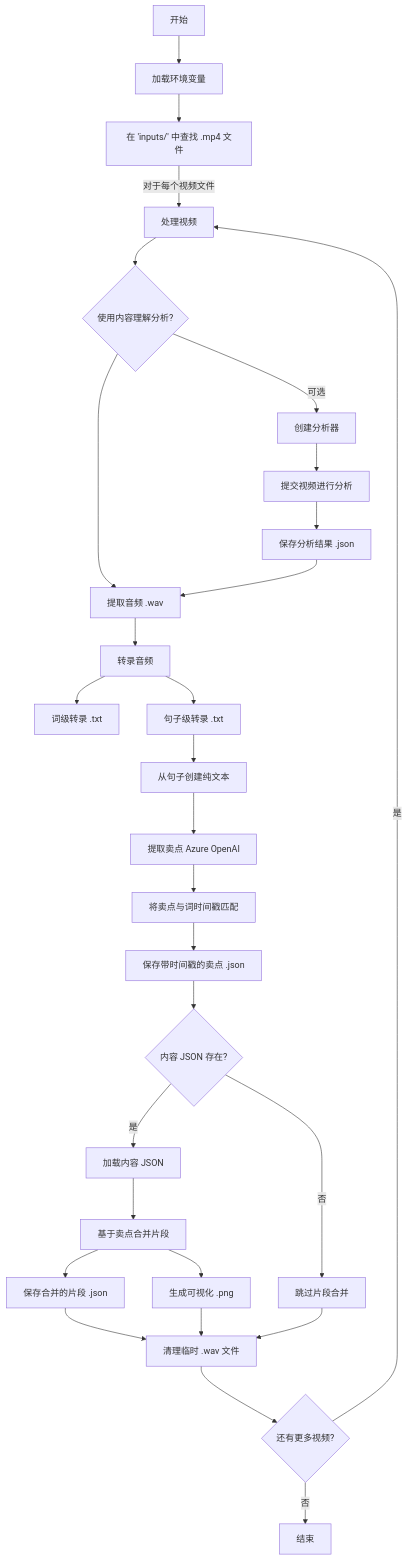
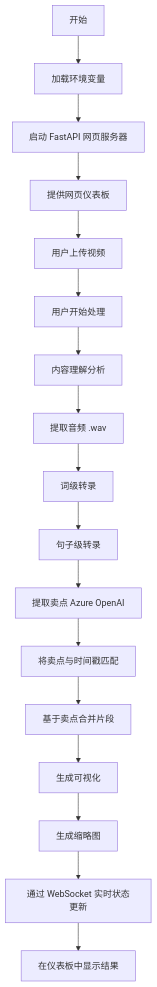
Before and after one commit to guming3d/Content-Understanding-post-process: the diagram in README_zh.md, drawn with Mermaid. The commit also changed other lines of this file and 1 other file, not shown here.

````diff
--- a/README_zh.md
+++ b/README_zh.md
@@ -53,31 +45,19 @@
 ```mermaid
 graph TD
     A[开始] --> B[加载环境变量];
-    B --> C[在 'inputs/' 中查找 .mp4 文件];
-    C -- 对于每个视频文件 --> D[处理视频];
-    D --> E{使用内容理解分析?};
-    E -- 可选 --> F[创建分析器];
-    F --> G[提交视频进行分析];
-    G --> H[保存分析结果 .json];
-    E --> I[提取音频 .wav];
-    H --> I;
-    I --> J[转录音频];
-    J --> K[词级转录 .txt];
-    J --> L[句子级转录 .txt];
-    L --> M[从句子创建纯文本];
-    M --> N[提取卖点 Azure OpenAI];
-    N --> O[将卖点与词时间戳匹配];
-    O --> P[保存带时间戳的卖点 .json];
-    P --> Q{内容 JSON 存在?};
-    Q -- 是 --> R[加载内容 JSON];
-    R --> S[基于卖点合并片段];
-    S --> T[保存合并的片段 .json];
-    S --> U[生成可视化 .png];
-    Q -- 否 --> V[跳过片段合并];
-    T --> W[清理临时 .wav 文件];
-    U --> W;
-    V --> W;
-    W --> X{还有更多视频?};
-    X -- 是 --> D;
-    X -- 否 --> Y[结束];
+    B --> C[启动 FastAPI 网页服务器];
+    C --> D[提供网页仪表板];
+    D --> E[用户上传视频];
+    E --> F[用户开始处理];
+    F --> G[内容理解分析];
+    G --> H[提取音频 .wav];
+    H --> I[词级转录];
+    I --> J[句子级转录];
+    J --> K[提取卖点 Azure OpenAI];
+    K --> L[将卖点与时间戳匹配];
+    L --> M[基于卖点合并片段];
+    M --> N[生成可视化];
+    N --> O[生成缩略图];
+    O --> P[通过 WebSocket 实时状态更新];
+    P --> Q[在仪表板中显示结果];
 ```
````
